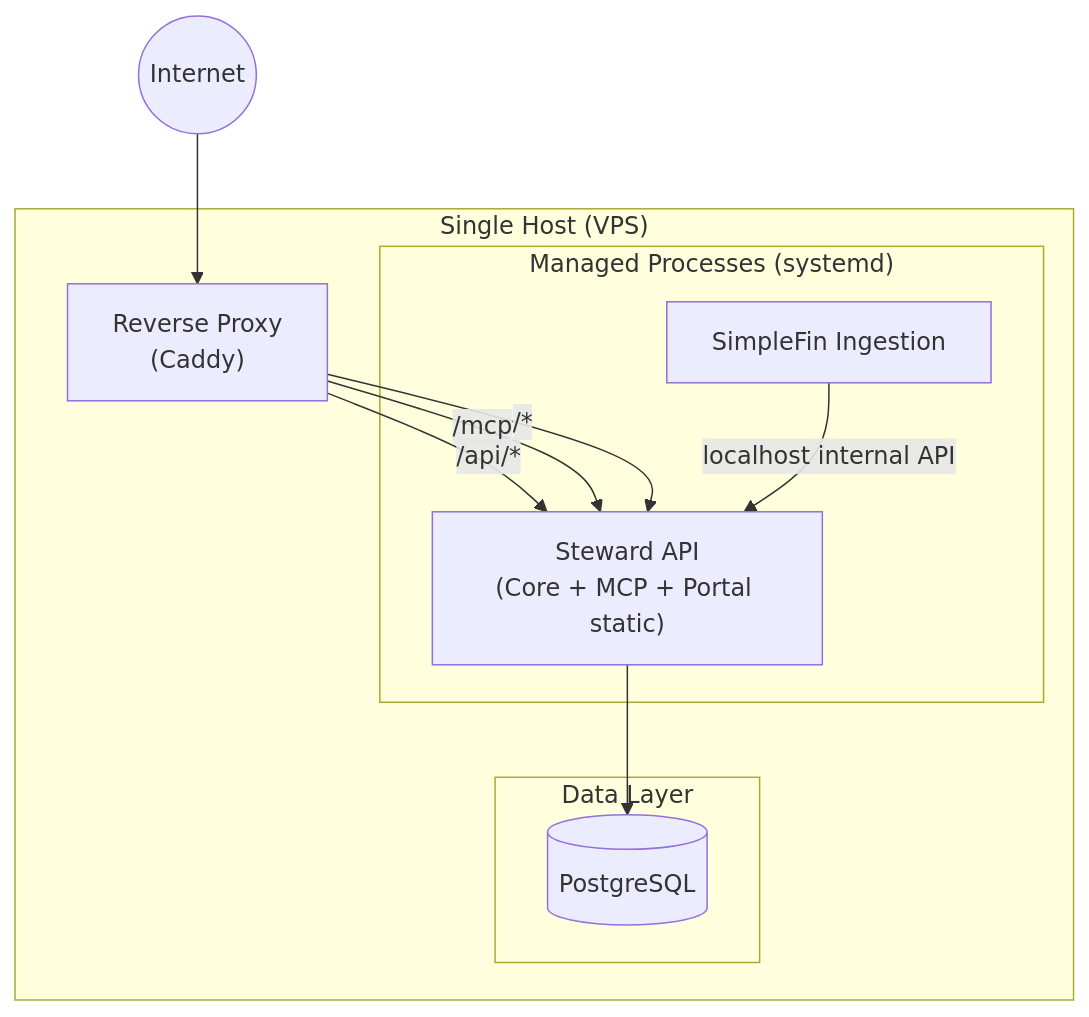
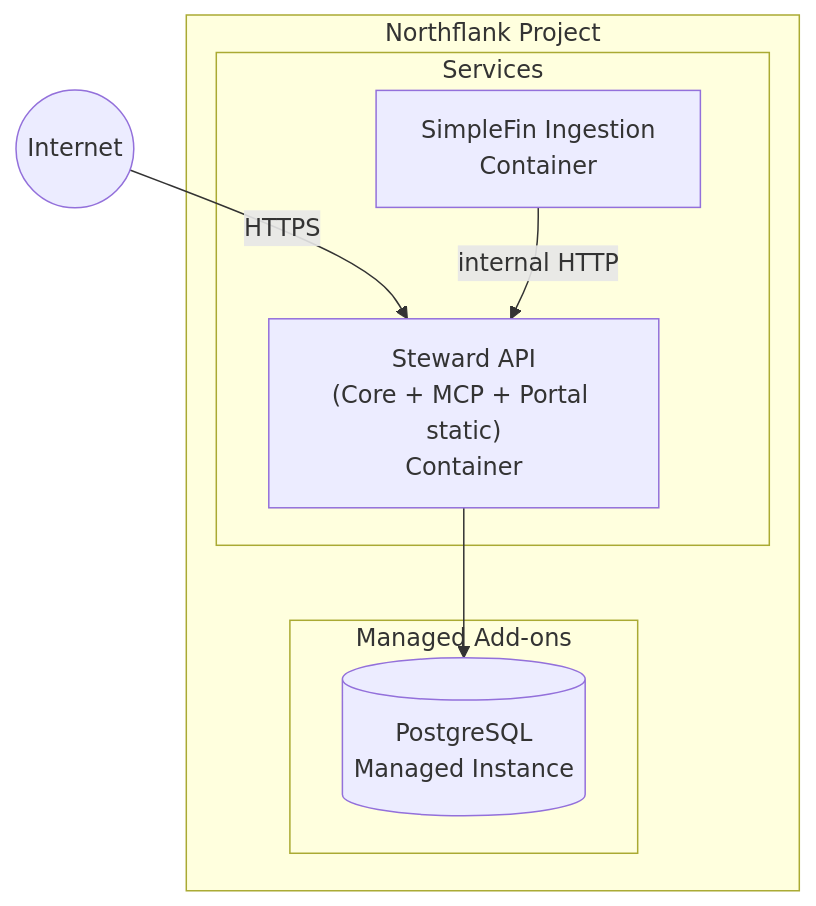
Before and after one commit to bitthicket/steward: the first of 2 diagrams in docs/adr/007-deployment-and-hosting.md, drawn with Mermaid. The commit also changed other lines of this file and 1 other file, not shown here.

First line of the commit message:
STE-7: Rewrite ADR-007 for Northflank hosting with managed Postgres and DbUp

````diff
--- a/docs/adr/007-deployment-and-hosting.md
+++ b/docs/adr/007-deployment-and-hosting.md
@@ -22,23 +31,17 @@
 ```mermaid
 graph TB
-    subgraph Host["Single Host (VPS)"]
-        subgraph Proc["Managed Processes (systemd)"]
-            API["Steward API<br/>(Core + MCP + Portal static)"]
-            SF["SimpleFin Ingestion"]
+    subgraph NF["Northflank Project"]
+        subgraph Services["Services"]
+            API["Steward API<br/>(Core + MCP + Portal static)<br/>Container"]
+            SF["SimpleFin Ingestion<br/>Container"]
         end
 
-        subgraph Data["Data Layer"]
-            PG[(PostgreSQL)]
+        subgraph Addons["Managed Add-ons"]
+            PG[(PostgreSQL<br/>Managed Instance)]
         end
-
-        RP["Reverse Proxy<br/>(Caddy)"]
     end
 
-    Internet((Internet)) --> RP
-    RP -->|/api/*| API
-    RP -->|/mcp| API
-    RP -->|/*| API
-
+    Internet((Internet)) -->|HTTPS| API
     API --> PG
-    SF -->|localhost internal API| API
+    SF -->|internal HTTP| API
 ```
````
